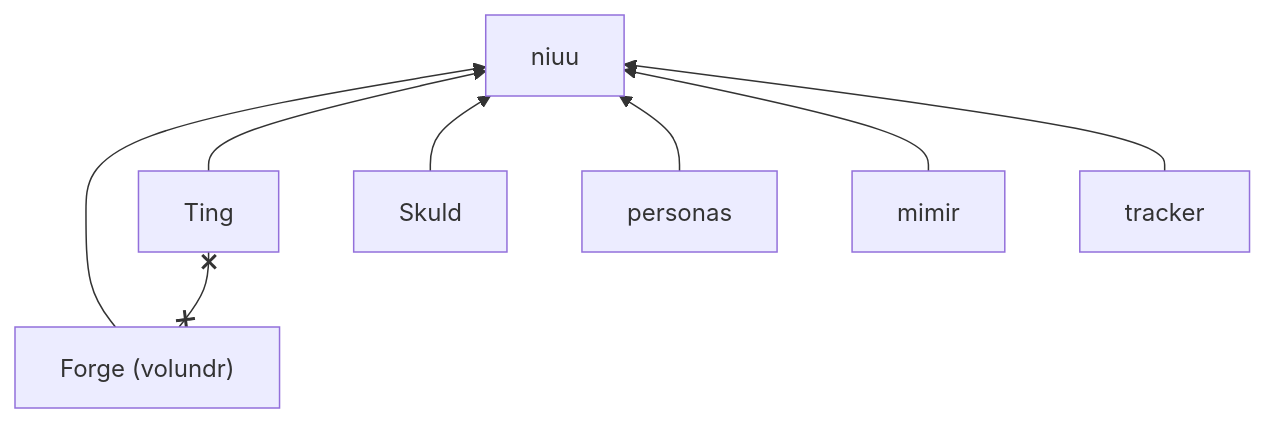
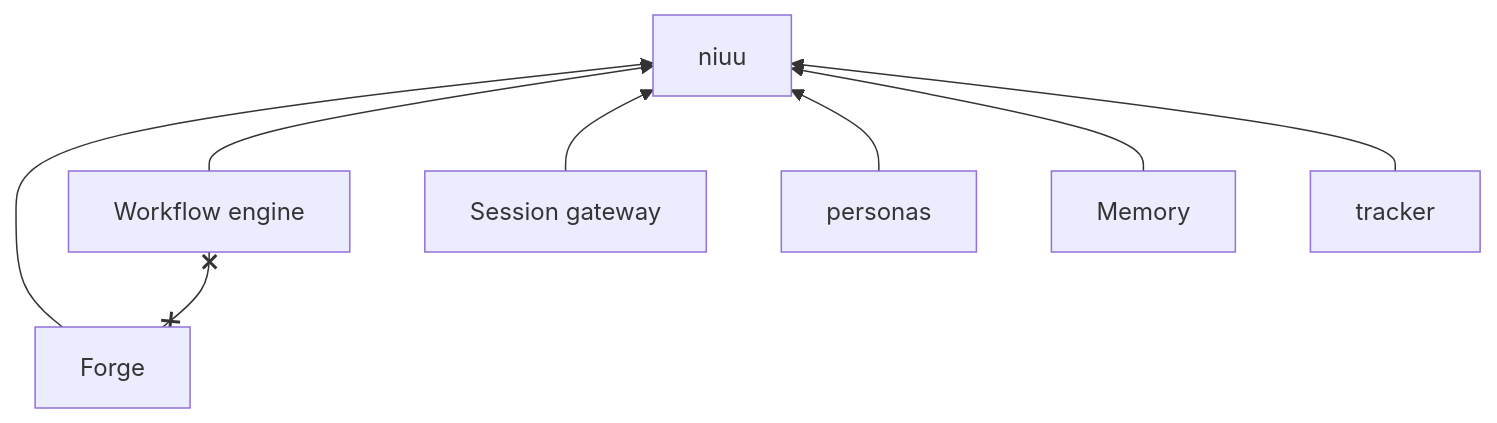
Before and after one commit to niuulabs/niuu: the second of 2 diagrams in docs/site/architecture/design/layers.md, drawn with Mermaid. The commit also changed other lines of this file and 65 other files, not shown here.

````diff
--- a/docs/site/architecture/design/layers.md
+++ b/docs/site/architecture/design/layers.md
@@ -101,8 +101,9 @@
 ```mermaid
 flowchart BT
-    volundr["Forge (volundr)"] --> niuu
-    ting["Ting"] --> niuu
-    skuld["Skuld"] --> niuu
+    volundr["Forge"] --> niuu
+    ting["Workflow engine"] --> niuu
+    skuld["Session gateway"] --> niuu
+    mimir["Memory"]
     personas & mimir & tracker --> niuu
     volundr x--x ting
 ```
````
